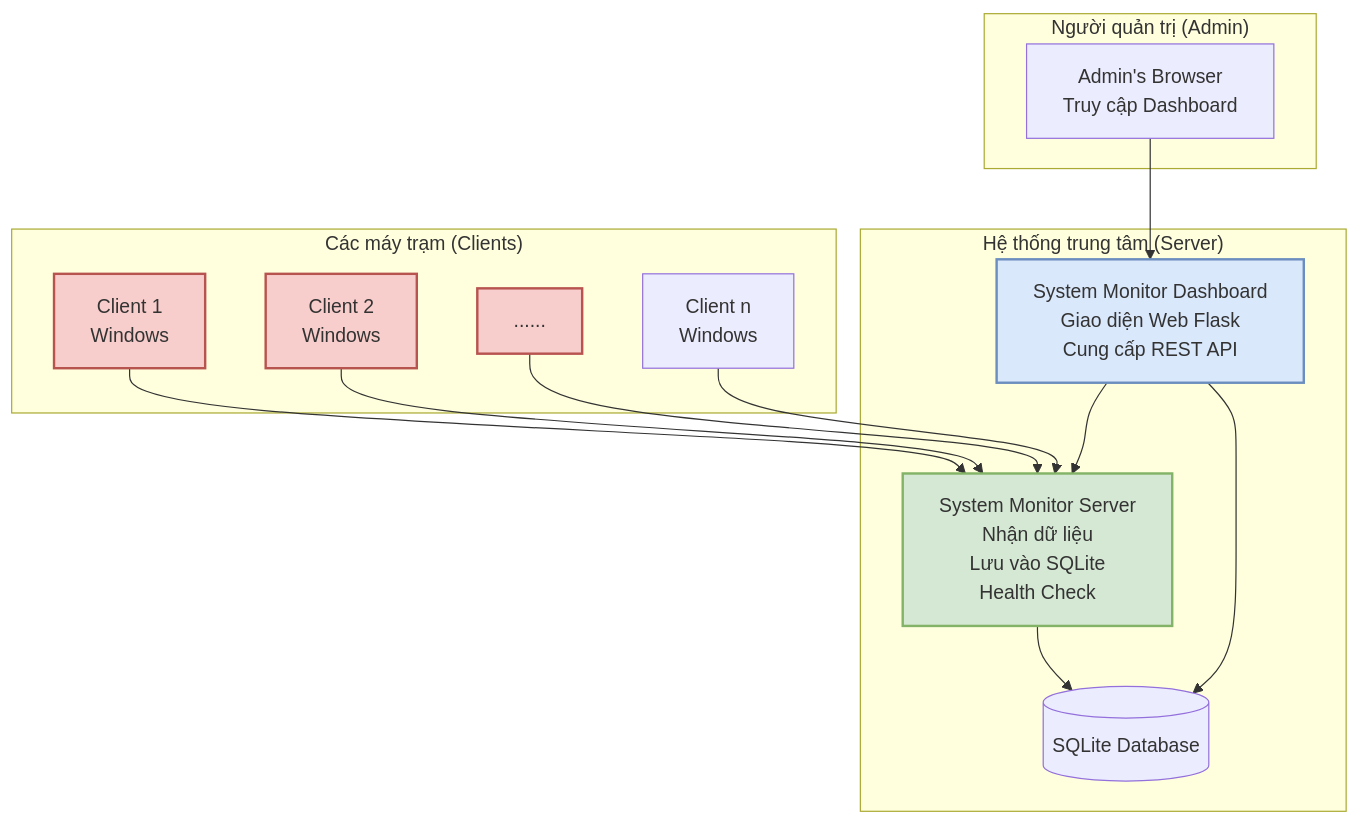
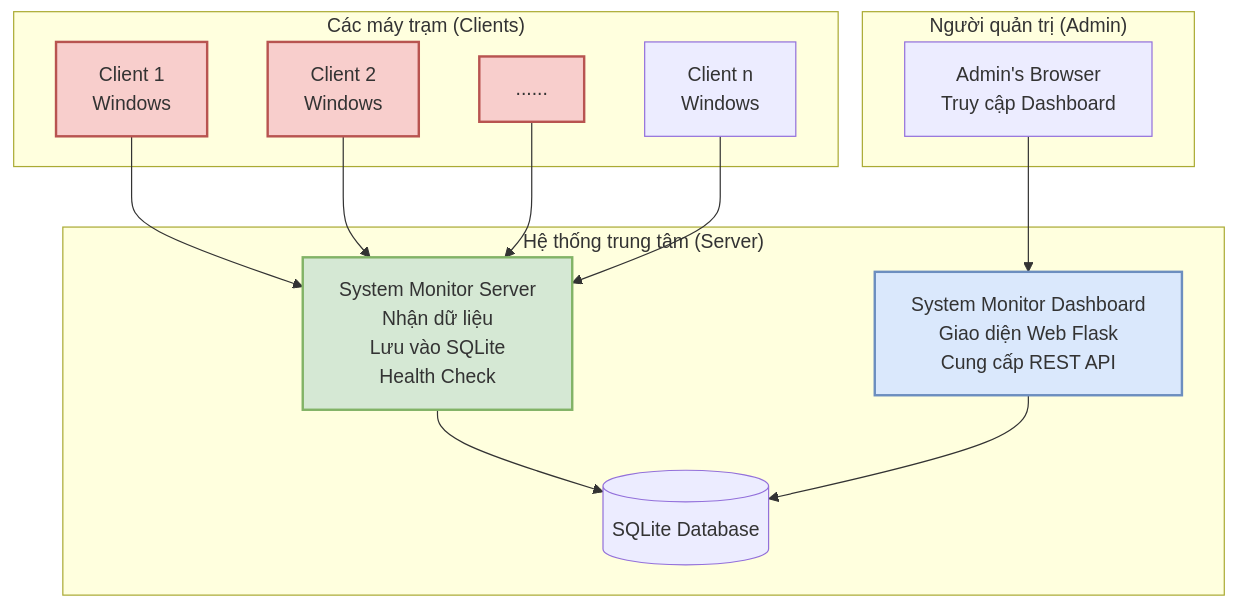
One commit to caophuocdanh/System-Monitor changed the diagram in README.md. Above: the diagram before and after it, drawn with Mermaid.

````diff
--- a/README.md
+++ b/README.md
@@ -56,35 +56,34 @@
 ```mermaid
 graph TD
     subgraph "Các máy trạm (Clients)"
         C1[Client 1 <br> Windows]
         C2[Client 2 <br> Windows]
         C3[......]
         C4[Client n <br> Windows]
     end
 
     subgraph "Hệ thống trung tâm (Server)"
         S[System Monitor Server <br>Nhận dữ liệu <br>Lưu vào SQLite <br>Health Check]
         DB[(SQLite Database)]
         DASH[System Monitor Dashboard <br>Giao diện Web Flask <br>Cung cấp REST API]
     end
 
     subgraph "Người quản trị (Admin)"
         ADMIN[Admin's Browser <br> Truy cập Dashboard]
     end
 
     C1 --> S
     C2 --> S
     C3 --> S
     C4 --> S
 
     S --> DB
     DASH --> DB
     ADMIN --> DASH
-    DASH --> S
 
     style S fill:#D5E8D4,stroke:#82B366,stroke-width:2px
     style DASH fill:#DAE8FC,stroke:#6C8EBF,stroke-width:2px
     style C1 fill:#F8CECC,stroke:#B85450,stroke-width:2px
     style C2 fill:#F8CECC,stroke:#B85450,stroke-width:2px
     style C3 fill:#F8CECC,stroke:#B85450,stroke-width:2px
 ```
````
